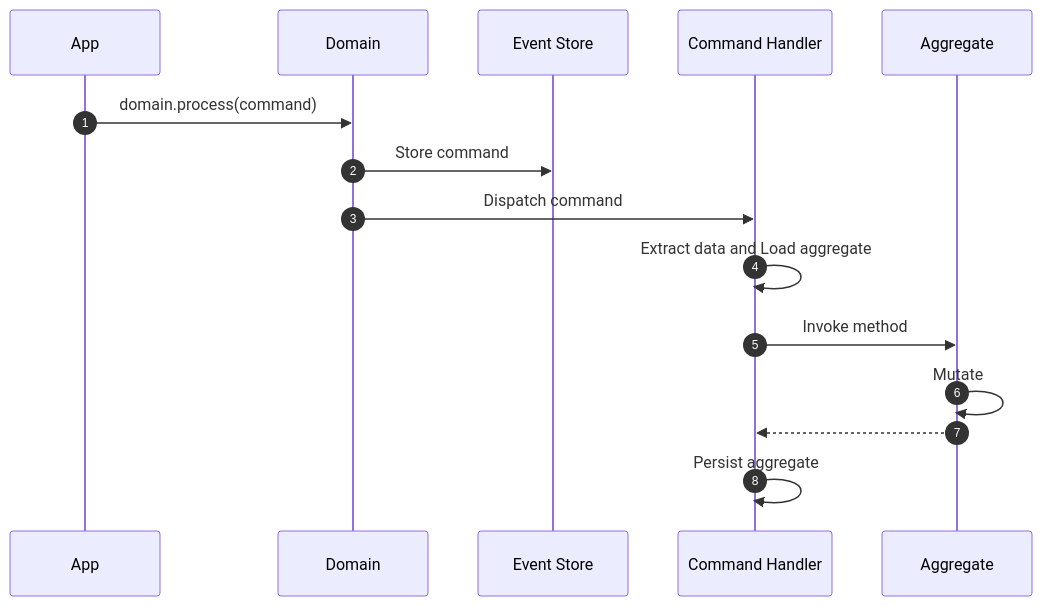
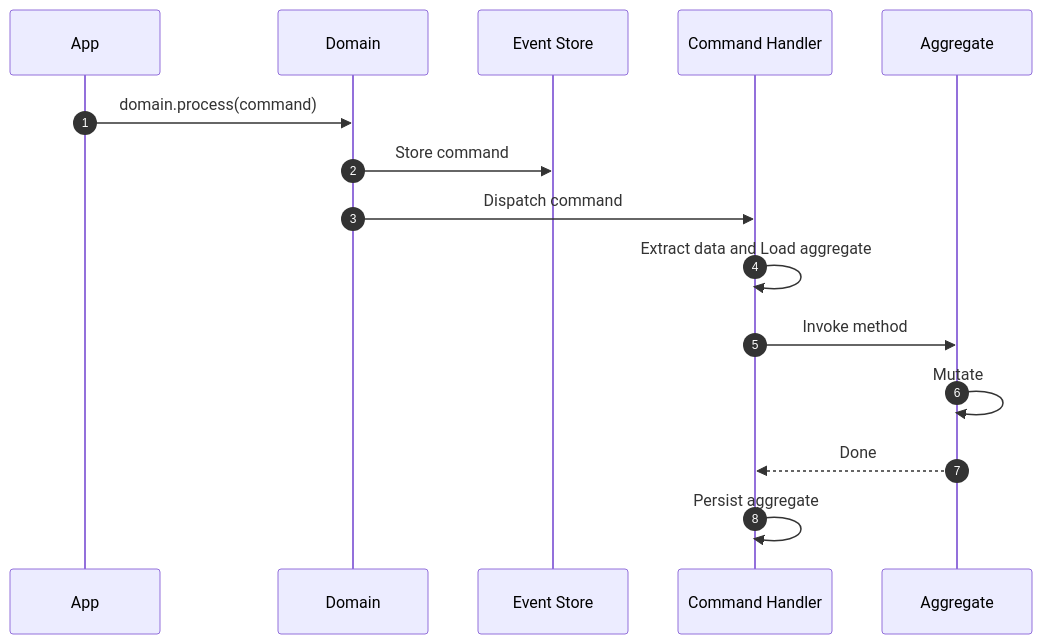
Before and after one commit to proteanhq/protean: the diagram in docs/guides/change-state/command-handlers.md, drawn with Mermaid. The commit also changed 5 other files, not shown here.

First line of the commit message:
Fix empty message labels in mermaid sequence diagrams

````diff
--- a/docs/guides/change-state/command-handlers.md
+++ b/docs/guides/change-state/command-handlers.md
@@ -63,12 +63,12 @@
     ```mermaid
     sequenceDiagram
       autonumber
       App->>Domain: domain.process(command)
       Domain->>Event Store: Store command
       Domain->>Command Handler: Dispatch command
       Command Handler->>Command Handler: Extract data and Load aggregate
       Command Handler->>Aggregate: Invoke method
       Aggregate->>Aggregate: Mutate
-      Aggregate-->>Command Handler:
+      Aggregate-->>Command Handler: Done
       Command Handler->>Command Handler: Persist aggregate
     ```
````
